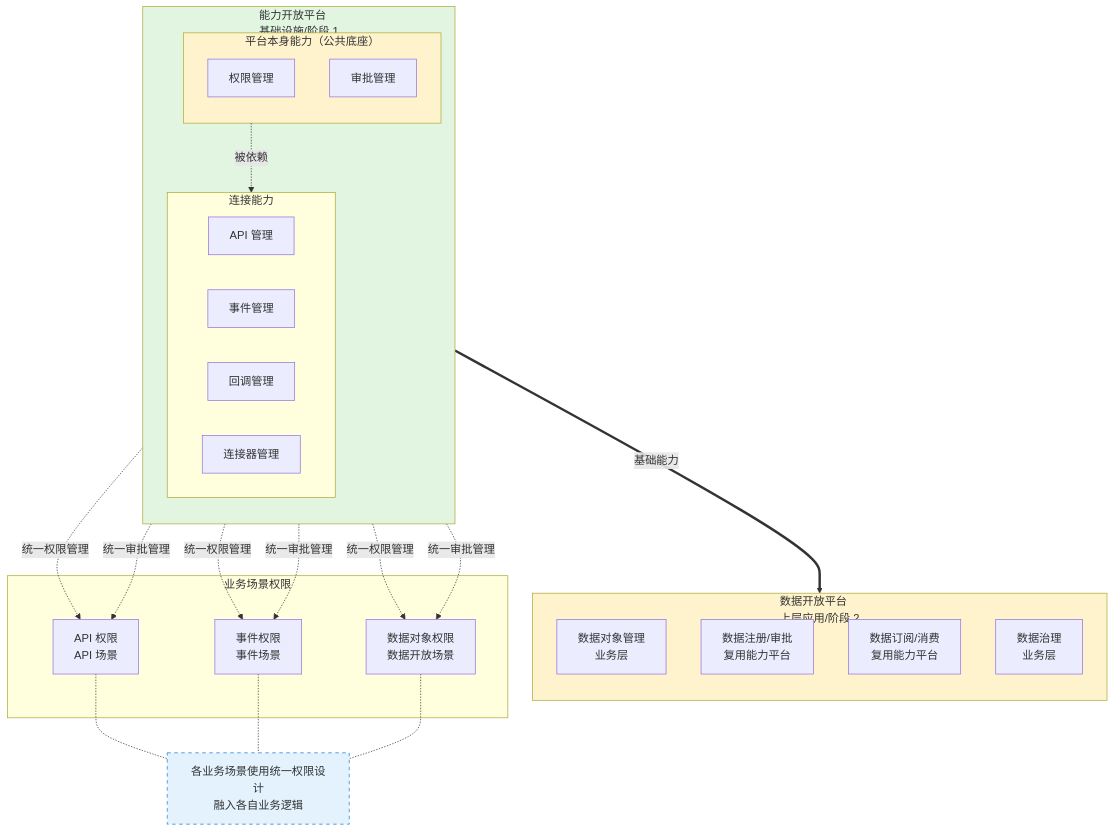
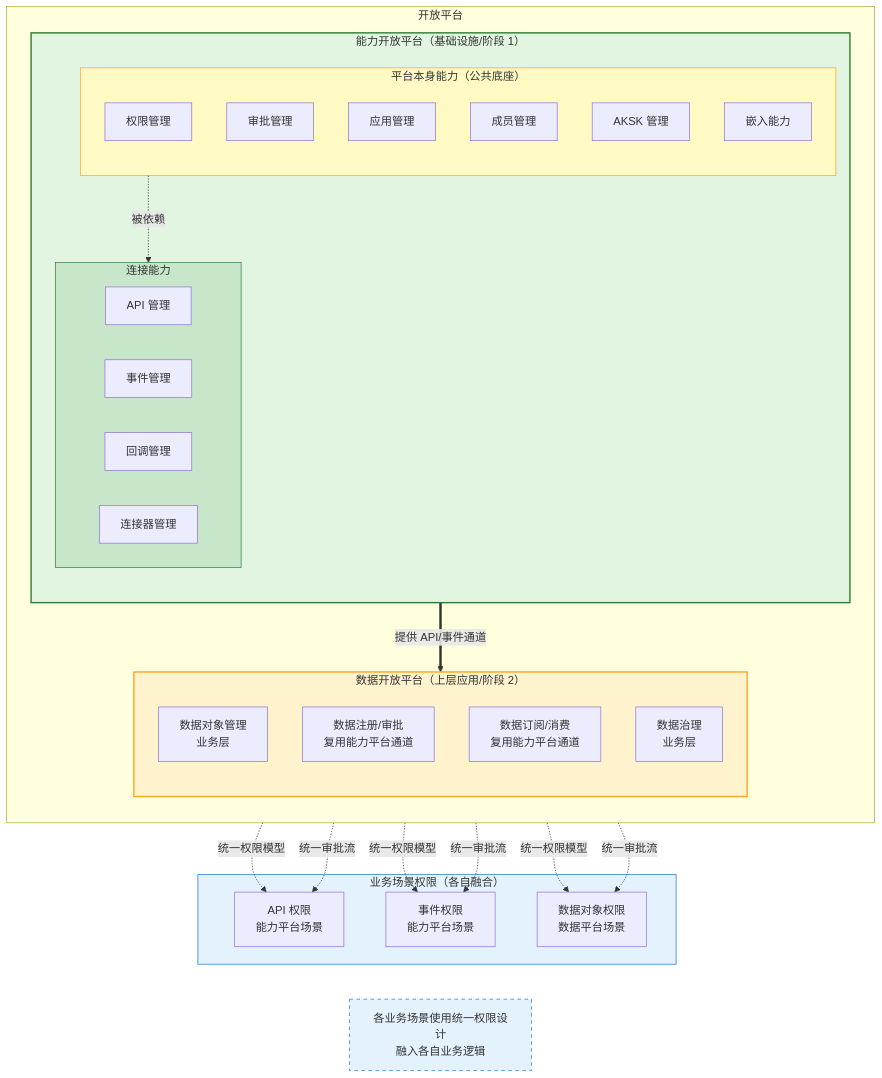
Before and after one commit to THZSummer/Product: diagram 11 of 12 in open-app/.sdd/specs-tree-root/specs-tree-capability-open-platform/discovery-report.md, drawn with Mermaid. The commit also changed other lines of this file, not shown here.

Commit message:
refactor: 优化 5.4 与数据开放平台的关系图
- 增加'开放平台'外层容器，体现包含关系 (参考 1.1)
- 能力开放平台内部细化为平台本身能力 (6 项) 和连接能力 (4 项) (参考 3.2)
- 增加颜色标注，与 1.1、3.2 风格保持一致 (平台底座🟡、连接能力🟢、数据平台🟡)
- 明确依赖关系：连接能力提供通道，平台底座提供统一权限与审批流

````diff
--- a/open-app/.sdd/specs-tree-root/specs-tree-capability-open-platform/discovery-report.md
+++ b/open-app/.sdd/specs-tree-root/specs-tree-capability-open-platform/discovery-report.md
@@ -570,42 +568,54 @@
 ```mermaid
-flowchart TB
-    subgraph CapabilityPlatform[能力开放平台<br/>基础设施/阶段 1]
+graph TB
+    subgraph Open["开放平台"]
         direction TB
-        subgraph Base[平台本身能力（公共底座）]
-            C1[权限管理]
-            C2[审批管理]
+        
+        subgraph Cap["能力开放平台（基础设施/阶段 1）"]
+            direction TB
+            subgraph Base["平台本身能力（公共底座）"]
+                B1[权限管理]
+                B2[审批管理]
+                B3[应用管理]
+                B4[成员管理]
+                B5[AKSK 管理]
+                B6[嵌入能力]
+            end
+            subgraph Conn["连接能力"]
+                C1[API 管理]
+                C2[事件管理]
+                C3[回调管理]
+                C4[连接器管理]
+            end
+            Base -.->|被依赖 | Conn
         end
-        subgraph Conn[连接能力]
-            C3[API 管理]
-            C4[事件管理]
-            C5[回调管理]
-            C6[连接器管理]
+        
+        subgraph Data["数据开放平台（上层应用/阶段 2）"]
+            direction TB
+            D1[数据对象管理<br/>业务层]
+            D2[数据注册/审批<br/>复用能力平台通道]
+            D3[数据订阅/消费<br/>复用能力平台通道]
+            D4[数据治理<br/>业务层]
         end
-        Base -.->|被依赖 | Conn
     end
     
-    subgraph DataPlatform[数据开放平台<br/>上层应用/阶段 2]
-        direction TB
-        D1[数据对象管理<br/>业务层]
-        D2[数据注册/审批<br/>复用能力平台]
-        D3[数据订阅/消费<br/>复用能力平台]
-        D4[数据治理<br/>业务层]
+    subgraph BizScene["业务场景权限（各自融合）"]
+        S1[API 权限<br/>能力平台场景]
+        S2[事件权限<br/>能力平台场景]
+        S3[数据对象权限<br/>数据平台场景]
     end
     
-    subgraph 业务场景权限
-        S1[API 权限<br/>API 场景]
-        S2[事件权限<br/>事件场景]
-        S3[数据对象权限<br/>数据开放场景]
-    end
+    %% 依赖关系
+    Conn ==>|提供 API/事件通道 | Data
+    B1 -.->|统一权限模型 | S1 & S2 & S3
+    B2 -.->|统一审批流 | S1 & S2 & S3
     
-    CapabilityPlatform ==>|基础能力 | DataPlatform
-    C1 -.->|统一权限管理 | S1 & S2 & S3
-    C2 -.->|统一审批管理 | S1 & S2 & S3
+    Note["各业务场景使用统一权限设计<br/>融入各自业务逻辑"]
+    S1 & S2 & S3 ~~~ Note
     
-    CP_Note[各业务场景使用统一权限设计<br/>融入各自业务逻辑]
-    S1 & S2 & S3 -.- CP_Note
-    style CP_Note fill:#e3f2fd,stroke:#1976d2,stroke-dasharray: 5 5
-    style CapabilityPlatform fill:#e1f5e1
-    style DataPlatform fill:#fff3cd
-    style Base fill:#fff3cd
+    style Cap fill:#e1f5e1,stroke:#2e7d32,stroke-width:2px
+    style Data fill:#fff3cd,stroke:#f9a825,stroke-width:2px
+    style Base fill:#fff9c4,stroke:#f9a825
+    style Conn fill:#c8e6c9,stroke:#2e7d32
+    style BizScene fill:#e3f2fd,stroke:#1976d2
+    style Note fill:#e3f2fd,stroke:#1976d2,stroke-dasharray: 5 5
 ```
````
